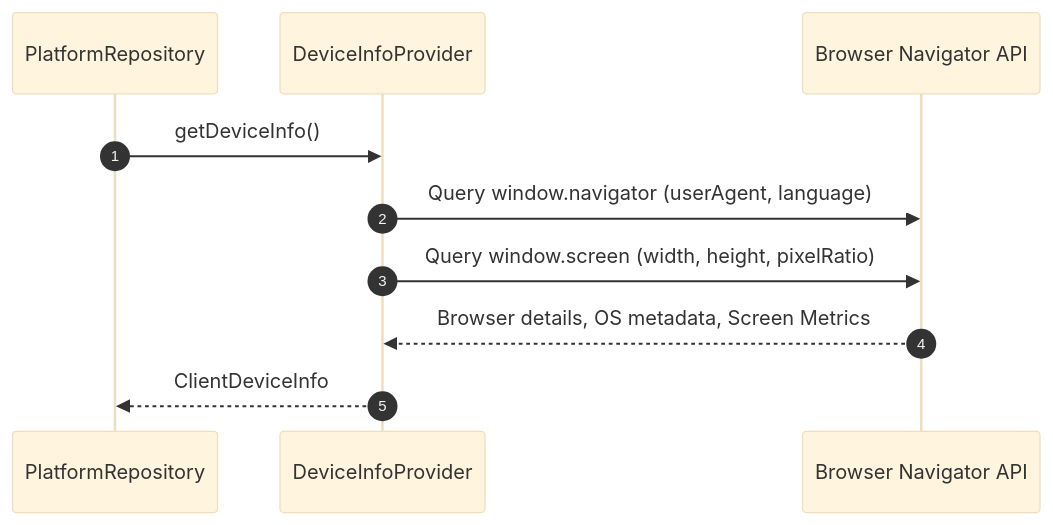
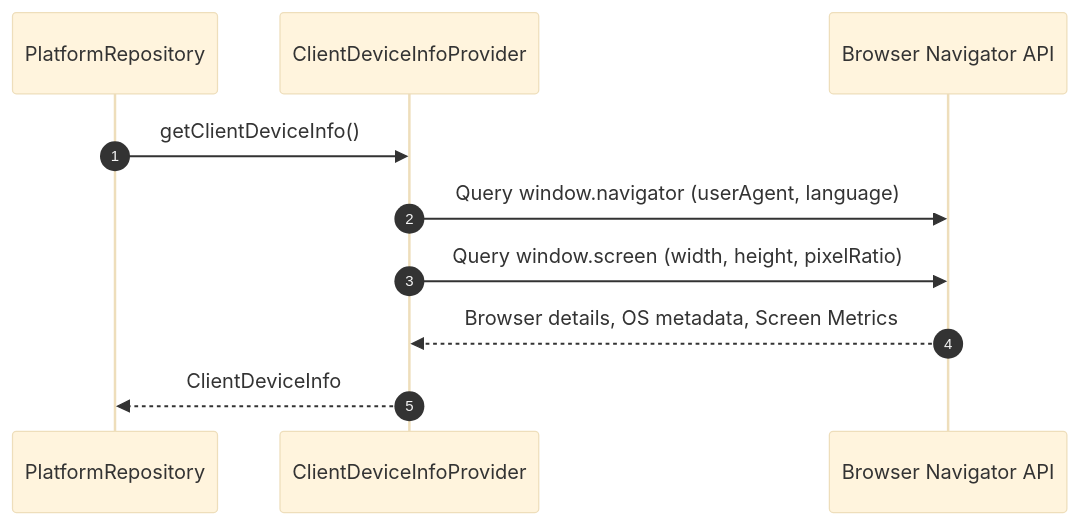
The second of 2 diagrams in docs/architecture/flows/storage_and_platform.md (mudrichenkoevgeny/web-platform-sdk), drawn with Mermaid (base theme) before and after one commit. The commit also changed other lines of this file and 224 other files, not shown here.

````diff
--- a/docs/architecture/flows/storage_and_platform.md
+++ b/docs/architecture/flows/storage_and_platform.md
@@ -46,15 +46,15 @@
 ```mermaid
 sequenceDiagram
     autonumber
     participant Core as PlatformRepository
-    participant Provider as DeviceInfoProvider
+    participant Provider as ClientDeviceInfoProvider
     participant Context as Browser Navigator API
 
-    Core->>Provider: getDeviceInfo()
+    Core->>Provider: getClientDeviceInfo()
 
     Provider->>Context: Query window.navigator (userAgent, language)
     Provider->>Context: Query window.screen (width, height, pixelRatio)
     Context-->>Provider: Browser details, OS metadata, Screen Metrics
 
     Provider-->>Core: ClientDeviceInfo
 ```
````
